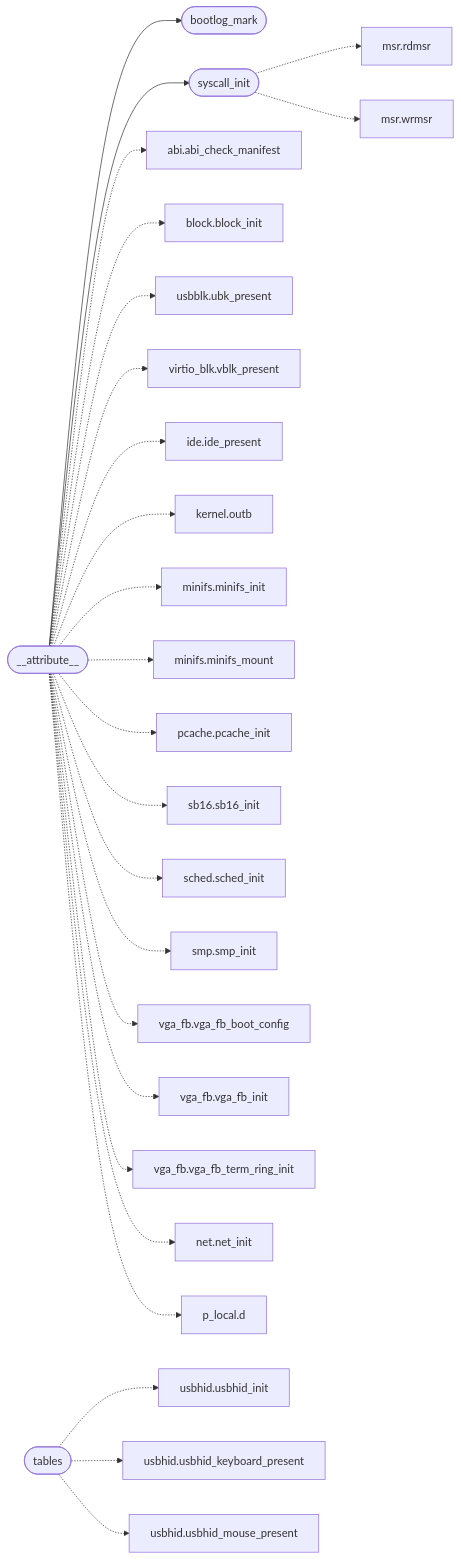
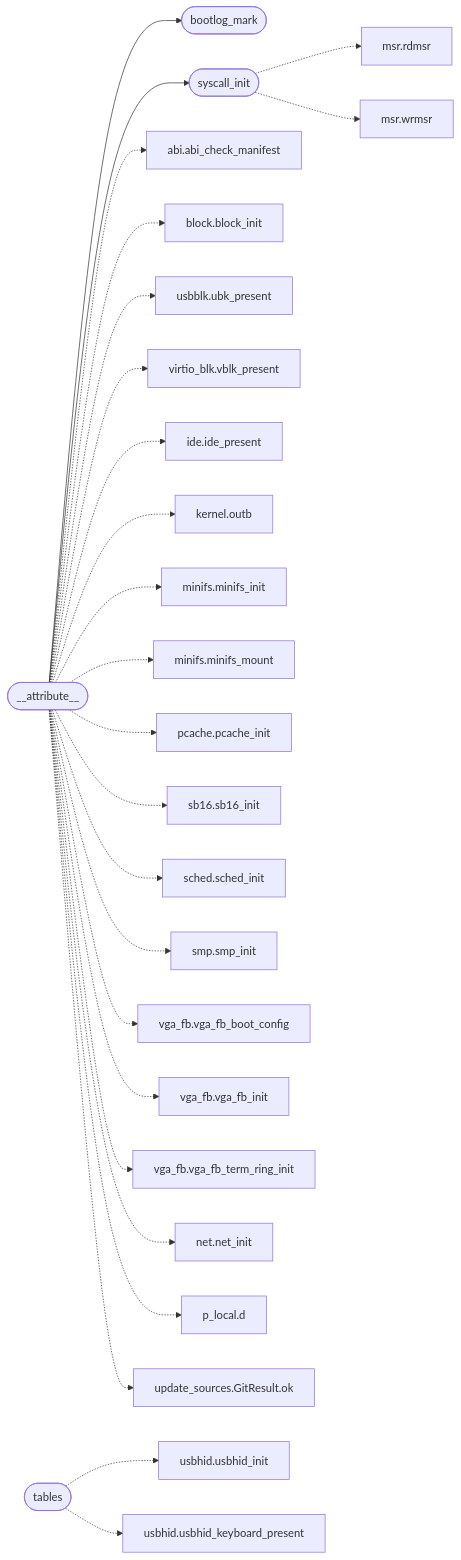
One commit to grisuno/miniOS changed the diagram in readmenator-apidocs/modules/kernel.c.md. Above: the diagram before and after it, drawn with Mermaid. The commit also changed other lines of this file and 90 other files, not shown here.

````diff
--- a/readmenator-apidocs/modules/kernel.c.md
+++ b/readmenator-apidocs/modules/kernel.c.md
@@ -17,53 +17,53 @@
 ```mermaid
 flowchart LR
     n_kernel_c____attribute__(["__attribute__"])
     n_kernel_c__bootlog_mark(["bootlog_mark"])
     n_kernel_c__syscall_init(["syscall_init"])
     n_headers_arch_x86_msr_h__rdmsr["msr.rdmsr"]
     n_headers_arch_x86_msr_h__wrmsr["msr.wrmsr"]
     n_headers_abi_h__abi_check_manifest["abi.abi_check_manifest"]
     n_headers_block_h__block_init["block.block_init"]
     n_headers_drivers_usbblk_h__ubk_present["usbblk.ubk_present"]
     n_headers_drivers_virtio_blk_h__vblk_present["virtio_blk.vblk_present"]
     n_headers_ide_h__ide_present["ide.ide_present"]
     n_headers_kernel_h__outb["kernel.outb"]
     n_headers_minifs_h__minifs_init["minifs.minifs_init"]
     n_headers_minifs_h__minifs_mount["minifs.minifs_mount"]
     n_headers_pcache_h__pcache_init["pcache.pcache_init"]
     n_headers_sb16_h__sb16_init["sb16.sb16_init"]
     n_headers_sched_h__sched_init["sched.sched_init"]
     n_headers_smp_h__smp_init["smp.smp_init"]
     n_headers_vga_fb_h__vga_fb_boot_config["vga_fb.vga_fb_boot_config"]
     n_headers_vga_fb_h__vga_fb_init["vga_fb.vga_fb_init"]
     n_headers_vga_fb_h__vga_fb_term_ring_init["vga_fb.vga_fb_term_ring_init"]
     n_net_net_c__net_init["net.net_init"]
     n_progs_doomgeneric_p_local_h__d["p_local.d"]
+    n_tools_update_sources_py__GitResult_ok["update_sources.GitResult.ok"]
     n_kernel_c__tables(["tables"])
     n_headers_drivers_usbhid_h__usbhid_init["usbhid.usbhid_init"]
     n_headers_drivers_usbhid_h__usbhid_keyboard_present["usbhid.usbhid_keyboard_present"]
-    n_headers_drivers_usbhid_h__usbhid_mouse_present["usbhid.usbhid_mouse_present"]
     n_kernel_c____attribute__ --> n_kernel_c__bootlog_mark
     n_kernel_c____attribute__ --> n_kernel_c__syscall_init
     n_kernel_c__syscall_init -.-> n_headers_arch_x86_msr_h__rdmsr
     n_kernel_c__syscall_init -.-> n_headers_arch_x86_msr_h__wrmsr
     n_kernel_c____attribute__ -.-> n_headers_abi_h__abi_check_manifest
     n_kernel_c____attribute__ -.-> n_headers_block_h__block_init
     n_kernel_c____attribute__ -.-> n_headers_drivers_usbblk_h__ubk_present
     n_kernel_c____attribute__ -.-> n_headers_drivers_virtio_blk_h__vblk_present
     n_kernel_c____attribute__ -.-> n_headers_ide_h__ide_present
     n_kernel_c____attribute__ -.-> n_headers_kernel_h__outb
     n_kernel_c____attribute__ -.-> n_headers_minifs_h__minifs_init
     n_kernel_c____attribute__ -.-> n_headers_minifs_h__minifs_mount
     n_kernel_c____attribute__ -.-> n_headers_pcache_h__pcache_init
     n_kernel_c____attribute__ -.-> n_headers_sb16_h__sb16_init
     n_kernel_c____attribute__ -.-> n_headers_sched_h__sched_init
     n_kernel_c____attribute__ -.-> n_headers_smp_h__smp_init
     n_kernel_c____attribute__ -.-> n_headers_vga_fb_h__vga_fb_boot_config
     n_kernel_c____attribute__ -.-> n_headers_vga_fb_h__vga_fb_init
     n_kernel_c____attribute__ -.-> n_headers_vga_fb_h__vga_fb_term_ring_init
     n_kernel_c____attribute__ -.-> n_net_net_c__net_init
     n_kernel_c____attribute__ -.-> n_progs_doomgeneric_p_local_h__d
+    n_kernel_c____attribute__ -.-> n_tools_update_sources_py__GitResult_ok
     n_kernel_c__tables -.-> n_headers_drivers_usbhid_h__usbhid_init
     n_kernel_c__tables -.-> n_headers_drivers_usbhid_h__usbhid_keyboard_present
-    n_kernel_c__tables -.-> n_headers_drivers_usbhid_h__usbhid_mouse_present
 ```
````
